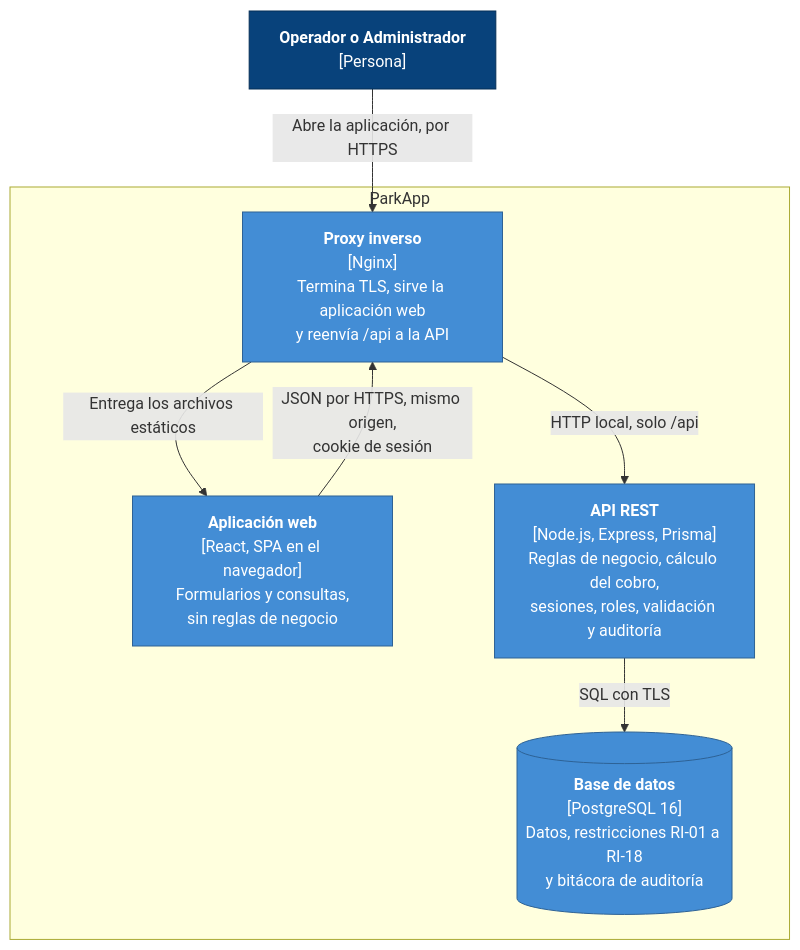
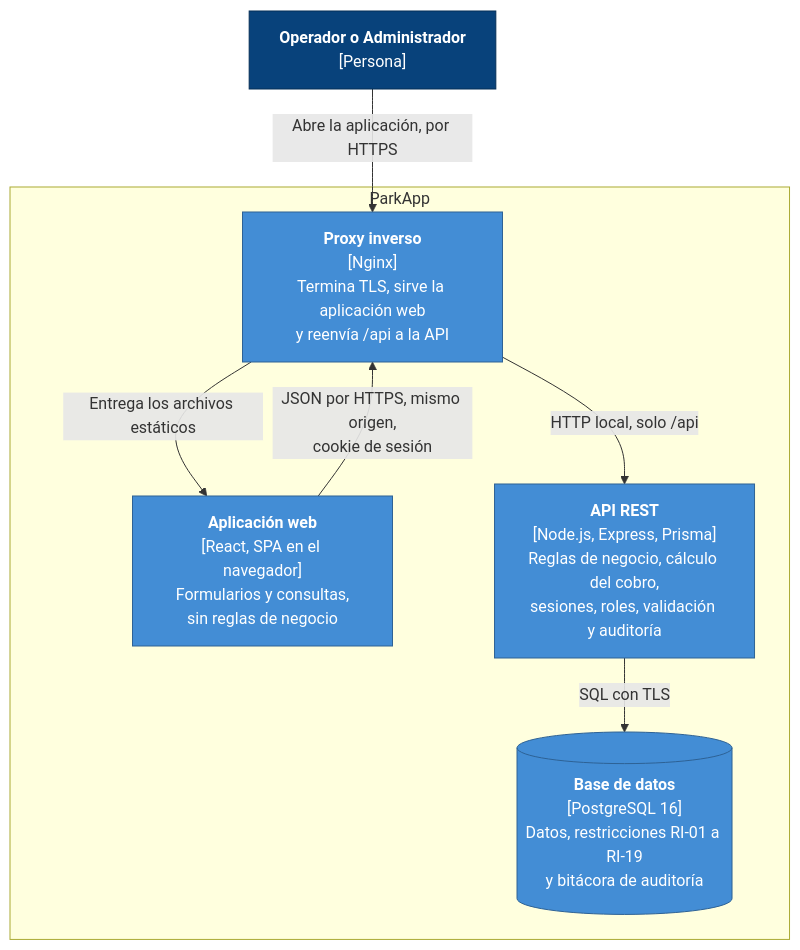
One commit to wrafael91/parkapp changed the second of 5 diagrams in docs/arquitectura.md. Above: the diagram before and after it, drawn with Mermaid. The commit also changed other lines of this file and 5 other files, not shown here.

````diff
--- a/docs/arquitectura.md
+++ b/docs/arquitectura.md
@@ -68,24 +68,24 @@
 ```mermaid
 flowchart TB
     usuario["<b>Operador o Administrador</b><br/>[Persona]"]
 
     subgraph parkapp["ParkApp"]
         proxy["<b>Proxy inverso</b><br/>[Nginx]<br/>Termina TLS, sirve la aplicación web<br/>y reenvía /api a la API"]
         spa["<b>Aplicación web</b><br/>[React, SPA en el navegador]<br/>Formularios y consultas,<br/>sin reglas de negocio"]
         api["<b>API REST</b><br/>[Node.js, Express, Prisma]<br/>Reglas de negocio, cálculo del cobro,<br/>sesiones, roles, validación y auditoría"]
-        db[("<b>Base de datos</b><br/>[PostgreSQL 16]<br/>Datos, restricciones RI-01 a RI-18<br/>y bitácora de auditoría")]
+        db[("<b>Base de datos</b><br/>[PostgreSQL 16]<br/>Datos, restricciones RI-01 a RI-19<br/>y bitácora de auditoría")]
     end
 
     usuario -- "Abre la aplicación, por HTTPS" --> proxy
     proxy -- "Entrega los archivos estáticos" --> spa
     spa -- "JSON por HTTPS, mismo origen,<br/>cookie de sesión" --> proxy
     proxy -- "HTTP local, solo /api" --> api
     api -- "SQL con TLS" --> db
 
     classDef persona fill:#08427b,stroke:#052e56,color:#ffffff
     classDef contenedor fill:#438dd5,stroke:#2e6295,color:#ffffff
     classDef datos fill:#438dd5,stroke:#2e6295,color:#ffffff
     class usuario persona
     class proxy,spa,api contenedor
     class db datos
 ```
````
